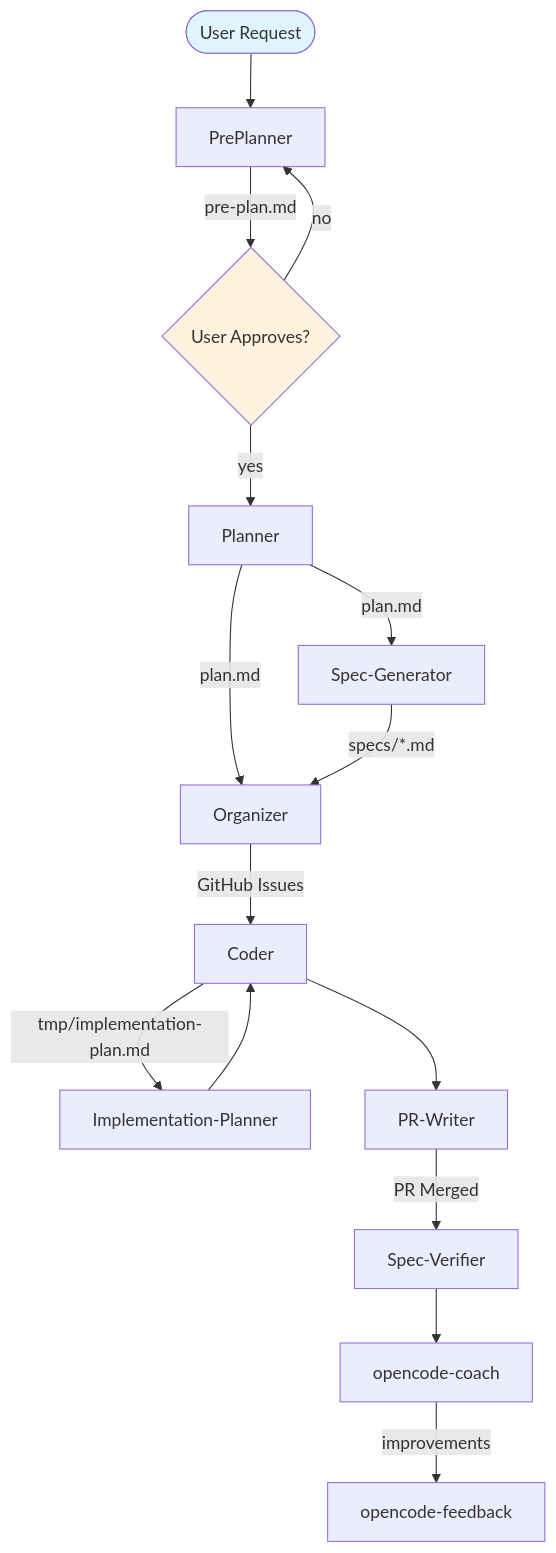
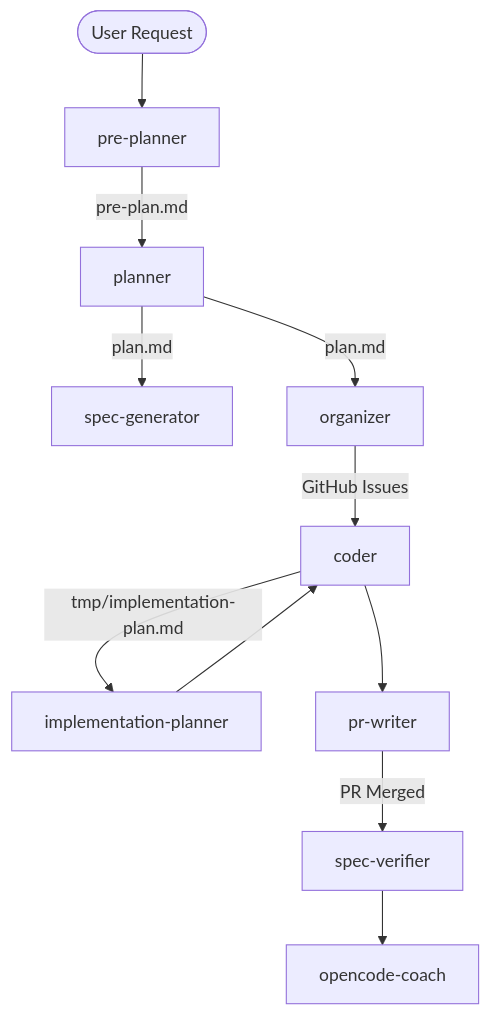
Before and after one commit to iapicca/opencode_assets: the diagram in README.md, drawn with Mermaid. The commit also changed other lines of this file and 3 other files, not shown here.

````diff
--- a/README.md
+++ b/README.md
@@ -7,25 +7,13 @@
 ```mermaid
 flowchart TD
-    Request([User Request]) --> PrePlanner
-    
-    PrePlanner -->|pre-plan.md| PrePlanApproval{User Approves?}
-    PrePlanApproval -->|no| PrePlanner
-    PrePlanApproval -->|yes| Planner
-    
-    Planner -->|plan.md| SpecGen[Spec-Generator]
-    Planner -->|plan.md| Organizer
-    
-    SpecGen -->|specs/*.md| Organizer
-    Organizer -->|GitHub Issues| Coder
-    
-    Coder -->|tmp/implementation-plan.md| ImplPlanner[Implementation-Planner]
+    Request([User Request]) --> PrePlanner[pre-planner]
+    PrePlanner -->|pre-plan.md| Planner[planner]
+    Planner -->|plan.md| SpecGen[spec-generator]
+    Planner -->|plan.md| Organizer[organizer]
+    Organizer -->|GitHub Issues| Coder[coder]
+    Coder -->|tmp/implementation-plan.md| ImplPlanner[implementation-planner]
     ImplPlanner --> Coder
-    Coder --> PRWriter[PR-Writer]
-    
-    PRWriter -->|PR Merged| SpecVerifier[Spec-Verifier]
+    Coder --> PRWriter[pr-writer]
+    PRWriter -->|PR Merged| SpecVerifier[spec-verifier]
     SpecVerifier --> Coach[opencode-coach]
-    Coach -->|improvements| Feedback[opencode-feedback]
-    
-    style Request fill:#e1f5fe
-    style PrePlanApproval fill:#fff3e0
 ```
````
